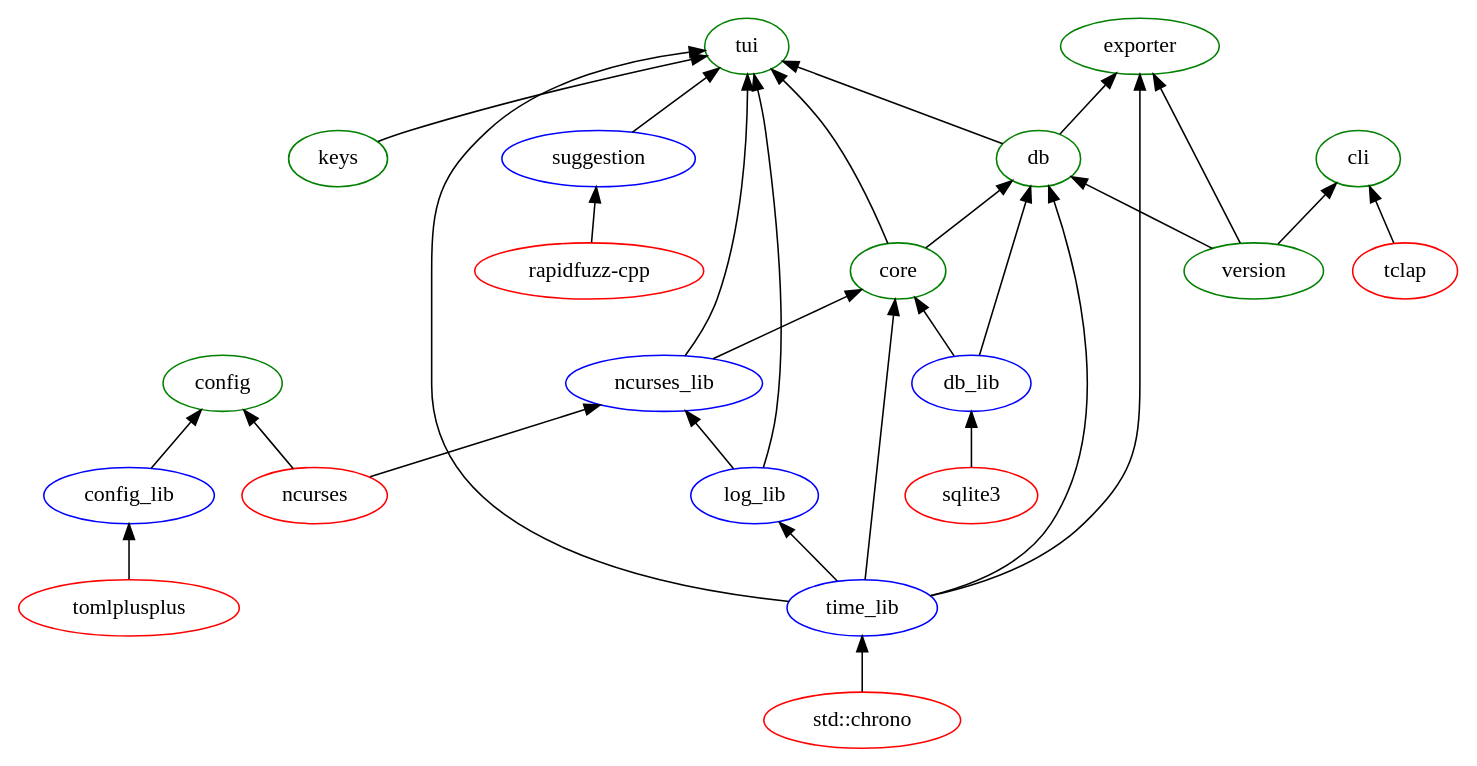
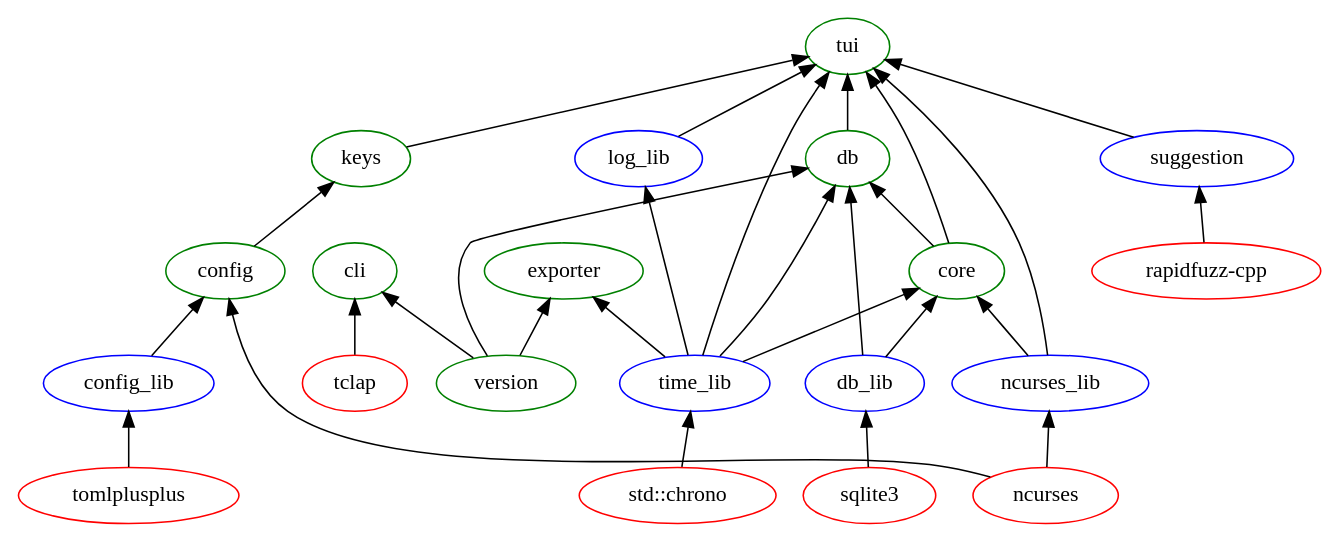
The diagram in doc/srd/images/modules_include/modules.gv (thomashoullier/timesheeting), drawn with Graphviz before and after one commit. The commit also changed 10 other files, not shown here.

Commit message:
Implemented the log_lib tests.

```diff
--- a/doc/srd/images/modules_include/modules.gv
+++ b/doc/srd/images/modules_include/modules.gv
@@ -1,38 +1,39 @@
 digraph modules {
     rankdir="BT"
     ncurses [label="ncurses", color="red"]
     sqlite [label="sqlite3", color="red"]
     tomlplusplus [label="tomlplusplus", color="red"]
     rapidfuzz [label="rapidfuzz-cpp", color="red"]
     chrono [label="std::chrono", color="red"]
     tclap [label="tclap", color="red"]
     time_lib [label="time_lib", color="blue"]
     log_lib [label="log_lib", color="blue"]
     db_lib [label="db_lib", color="blue"]
     ncurses_lib [label="ncurses_lib", color="blue"]
     suggestion [label="suggestion", color="blue"]
     config_lib [label="config_lib", color="blue"]
     version [label="version", color="green"]
     keys [label="keys", color="green"]
     core [label="core", color="green"]
     db [label="db", color="green"]
     config [label="config", color="green"]
     exporter [label="exporter", color="green"]
     cli [label="cli", color="green"]
     tui [label="tui", color="green"]
     //main [label="main"]
   
     chrono -> time_lib
     time_lib -> log_lib
     sqlite -> db_lib
-    {log_lib, ncurses} -> ncurses_lib
+    {ncurses} -> ncurses_lib
     rapidfuzz -> suggestion
     {time_lib, ncurses_lib, db_lib} -> core
     {version, db_lib, time_lib, core} -> db
     tomlplusplus -> config_lib
     {config_lib, ncurses} -> config
-    {time_lib, db, version} -> exporter
+    config -> keys
+    {time_lib, version} -> exporter
     {version, tclap} -> cli
     {ncurses_lib, core, suggestion, time_lib, log_lib, keys, db} -> tui
     //{keys, cli, exporter, db, time_lib, log_lib, config, version, tui} -> main
 }
```
